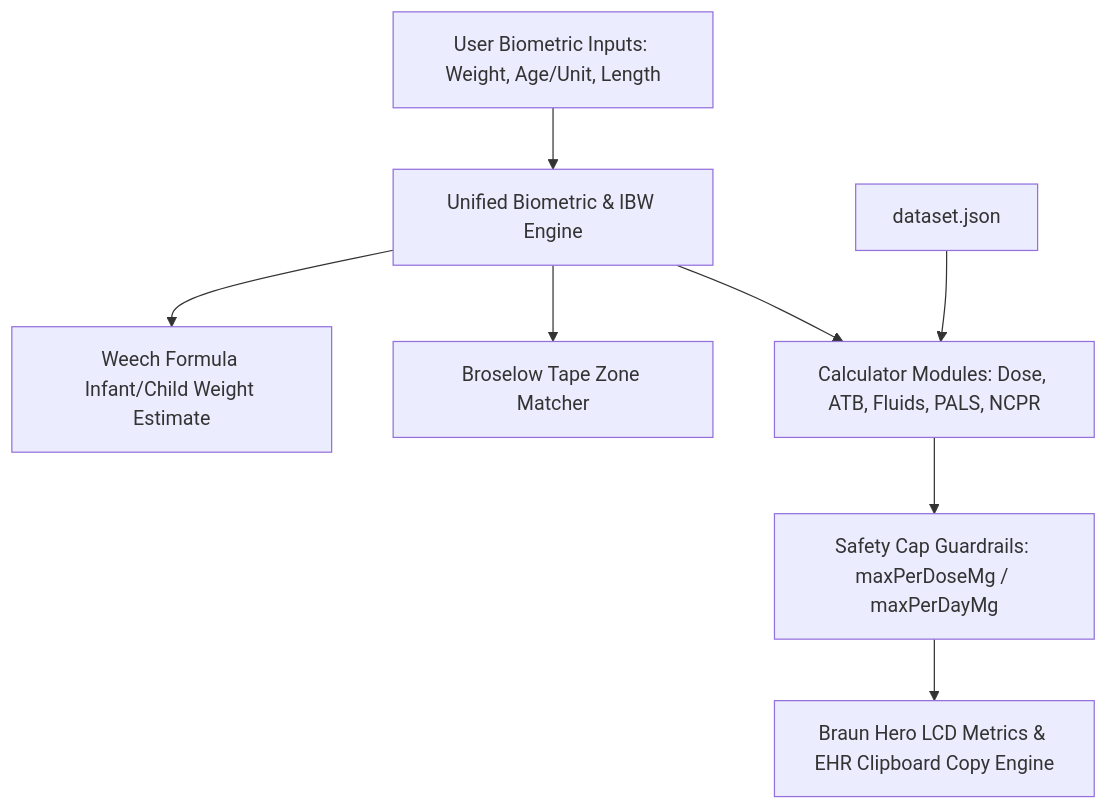
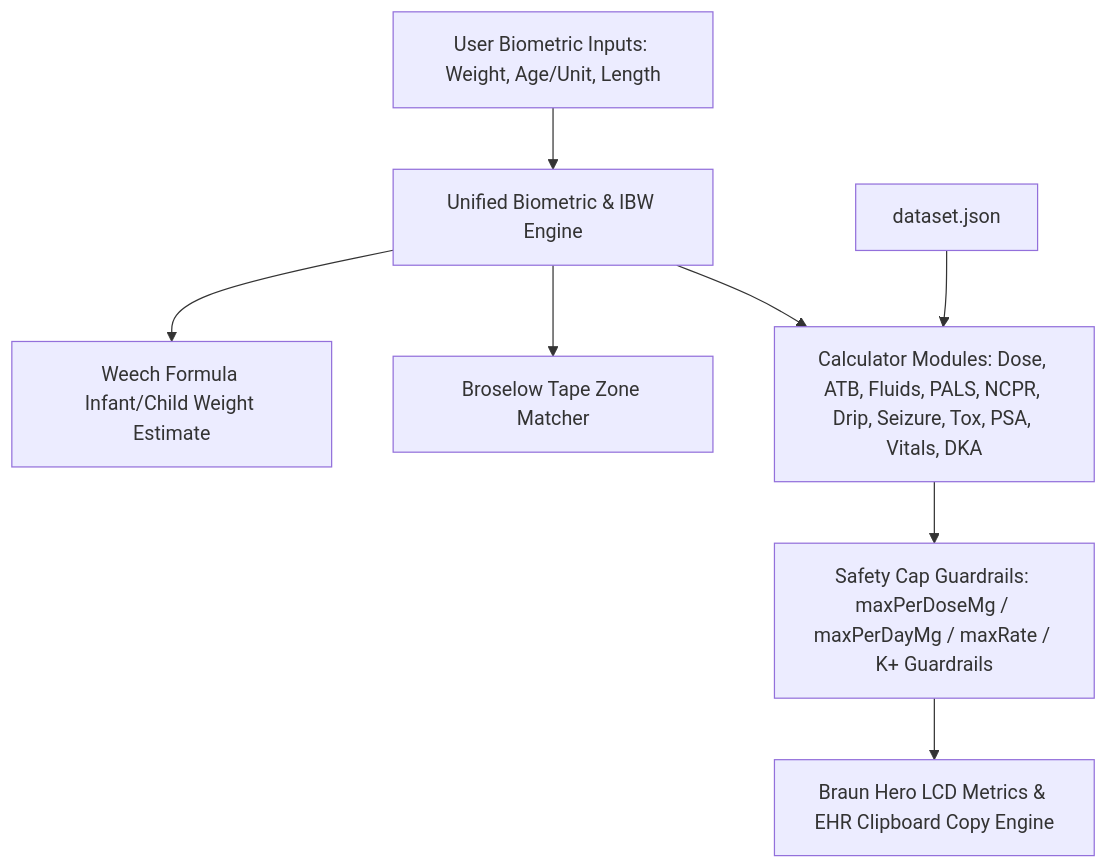
One commit to NTWKKM/er-ped changed the diagram in ARCHITECTURE.md. Above: the diagram before and after it, drawn with Mermaid. The commit also changed other lines of this file and 7 other files, not shown here.

Commit message:
feat: implement Phase 1-3 clinical modules, DKA, drips, PWA update banner, and CI pipeline

````diff
--- a/ARCHITECTURE.md
+++ b/ARCHITECTURE.md
@@ -24,10 +33,10 @@
 ```mermaid
 flowchart TD
     UserInputs[User Biometric Inputs: Weight, Age/Unit, Length] --> BiometricEngine[Unified Biometric & IBW Engine]
     BiometricEngine --> WeechFormula[Weech Formula Infant/Child Weight Estimate]
     BiometricEngine --> BroselowMatcher[Broselow Tape Zone Matcher]
-    BiometricEngine --> ModuleCalculators[Calculator Modules: Dose, ATB, Fluids, PALS, NCPR]
+    BiometricEngine --> ModuleCalculators[Calculator Modules: Dose, ATB, Fluids, PALS, NCPR, Drip, Seizure, Tox, PSA, Vitals, DKA]
     Dataset[dataset.json] --> ModuleCalculators
-    ModuleCalculators --> SafetyCaps[Safety Cap Guardrails: maxPerDoseMg / maxPerDayMg]
+    ModuleCalculators --> SafetyCaps[Safety Cap Guardrails: maxPerDoseMg / maxPerDayMg / maxRate / K+ Guardrails]
     SafetyCaps --> UIOutputs[Braun Hero LCD Metrics & EHR Clipboard Copy Engine]
 ```
````
